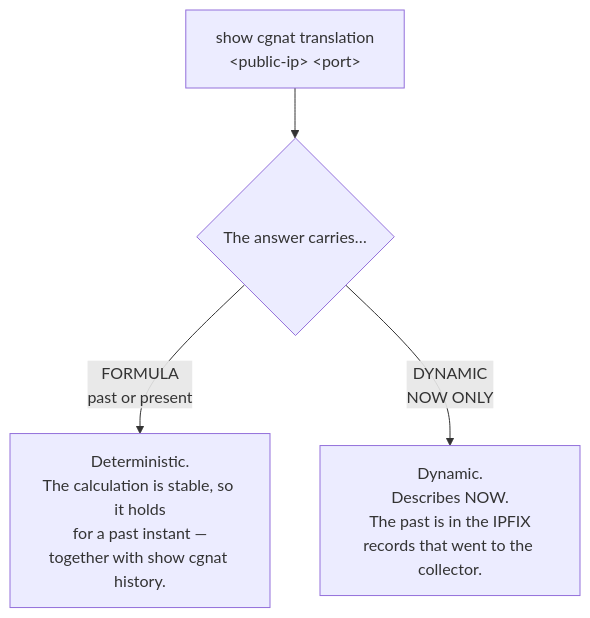
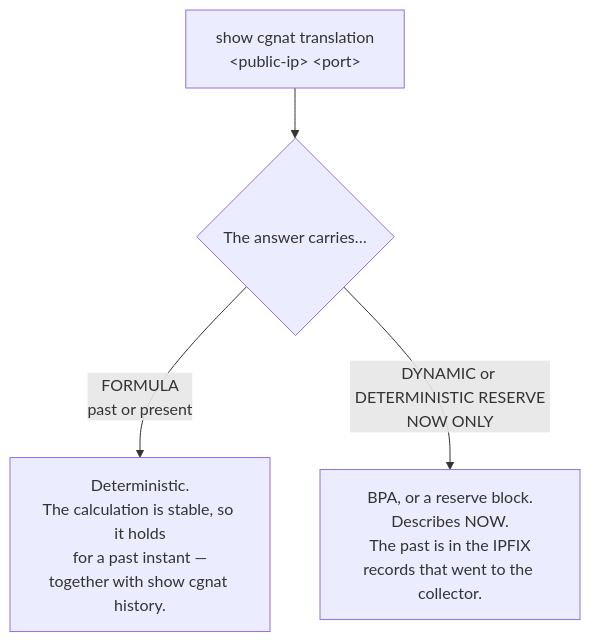
Before and after one commit to andrediashexa/prismarouting: the diagram in wiki/reference/prismash-vty-user-guide/show-commands.md, drawn with Mermaid. The commit also changed other lines of this file and 101 other files, not shown here.

````diff
--- a/wiki/reference/prismash-vty-user-guide/show-commands.md
+++ b/wiki/reference/prismash-vty-user-guide/show-commands.md
@@ -773,6 +796,6 @@
 ```mermaid
 flowchart TD
     T["show cgnat translation<br/>&lt;public-ip&gt; &lt;port&gt;"] --> Q{"The answer carries…"}
     Q -->|"FORMULA<br/>past or present"| A["Deterministic.<br/>The calculation is stable, so it holds<br/>for a past instant —<br/>together with show cgnat history."]
-    Q -->|"DYNAMIC<br/>NOW ONLY"| B["Dynamic.<br/>Describes NOW.<br/>The past is in the IPFIX<br/>records that went to the collector."]
+    Q -->|"DYNAMIC or DETERMINISTIC RESERVE<br/>NOW ONLY"| B["BPA, or a reserve block.<br/>Describes NOW.<br/>The past is in the IPFIX<br/>records that went to the collector."]
 ```
````
